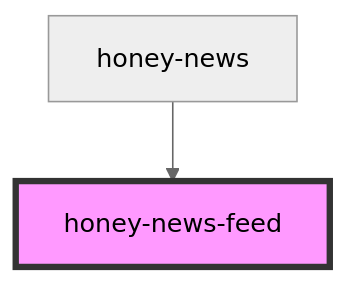
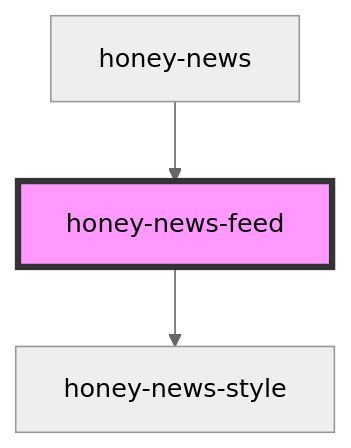
One commit to Huluvu424242/honey-news changed the diagram in src/components/honey-news/news/readme.md. Above: the diagram before and after it, drawn with Mermaid (neutral theme). The commit also changed other lines of this file and 30 other files, not shown here.

````diff
--- a/src/components/honey-news/news/readme.md
+++ b/src/components/honey-news/news/readme.md
@@ -36,5 +40,6 @@
 ```mermaid
 graph TD;
+  honey-news-feed --> honey-news-style
   honey-news --> honey-news-feed
   style honey-news-feed fill:#f9f,stroke:#333,stroke-width:4px
 ```
````
